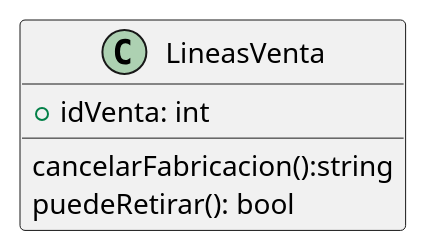
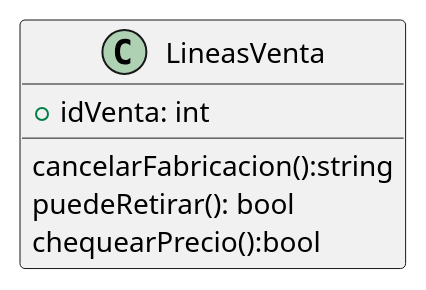
Before and after one commit to ZMGestion/DocumentacionZMGestion: the diagram in DiagramaClases/Clases/LineasVenta.puml, drawn with PlantUML. The commit also changed 9 other files, not shown here.

```diff
--- a/DiagramaClases/Clases/LineasVenta.puml
+++ b/DiagramaClases/Clases/LineasVenta.puml
@@ -1,10 +1,11 @@
 @startuml LineasVenta
 class LineasVenta{
     +idVenta: int
 
     cancelarFabricacion():string
     puedeRetirar(): bool
+    chequearPrecio():bool
     
     
 }
 @enduml
```
